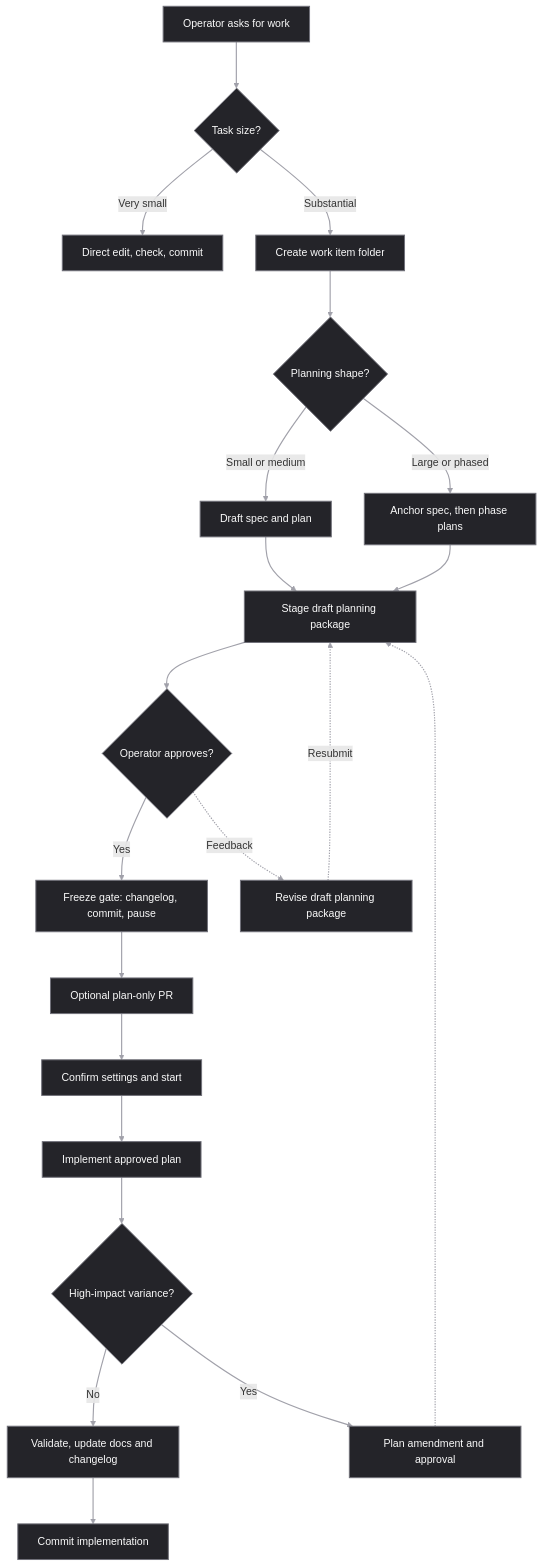
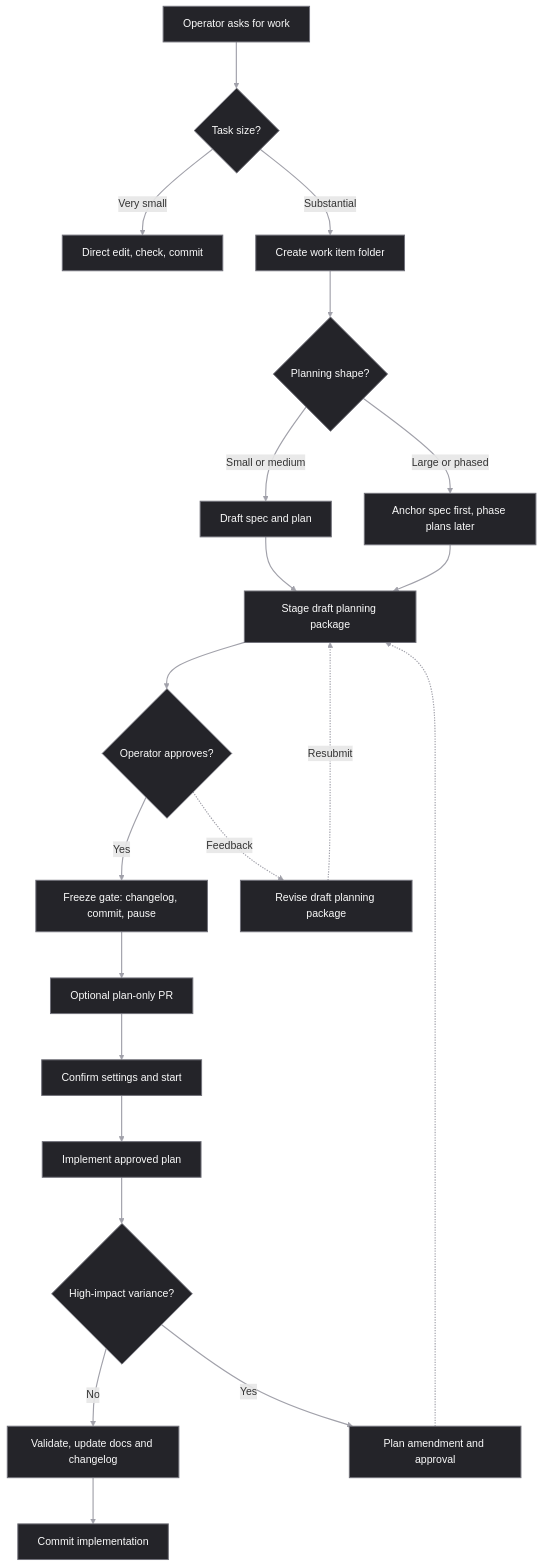
Before and after one commit to itxyzzz/dev-doc-harness: the diagram in README.md, drawn with Mermaid. The commit also changed other lines of this file and 9 other files, not shown here.

Commit message:
phased-planning-orchestration docs: enforce anchor-spec-first phase planning

````diff
--- a/README.md
+++ b/README.md
@@ -24,41 +24,41 @@
 ```mermaid
 %%{init: {
   "flowchart": {
     "curve": "basis",
     "nodeSpacing": 50,
     "rankSpacing": 70
   }
 }}%%
 
 flowchart TD
     A["Operator asks for work"]:::house --> B{"Task size?"}:::house
     B -->|Very small| C["Direct edit, check, commit"]:::house
     B -->|Substantial| D["Create work item folder"]:::house
 
     D --> E{"Planning shape?"}:::house
     E -->|Small or medium| F["Draft spec and plan"]:::house
-    E -->|Large or phased| G["Anchor spec, then phase plans"]:::house
+    E -->|Large or phased| G["Anchor spec first, phase plans later"]:::house
 
     F --> H["Stage draft planning package"]:::house
     G --> H
 
     H --> I{"Operator approves?"}:::house
     I -->|Yes| J["Freeze gate: changelog, commit, pause"]:::house
 
     I -.->|Feedback| R["Revise draft planning package"]:::house
     R -.->|Resubmit| H
 
     J --> O["Optional plan-only PR"]:::house
     O --> P["Confirm settings and start"]:::house
     P --> Q["Implement approved plan"]:::house
     Q --> K{"High-impact variance?"}:::house
 
     K -->|No| L["Validate, update docs and changelog"]:::house
     L --> M["Commit implementation"]:::house
 
     K -->|Yes| N["Plan amendment and approval"]:::house
     N -.-> H
 
     classDef house fill:#242429,stroke:#71717a,stroke-width:1.5px,color:#fafafa
     linkStyle default stroke:#a1a1aa,stroke-width:1.75px
 ```
````
